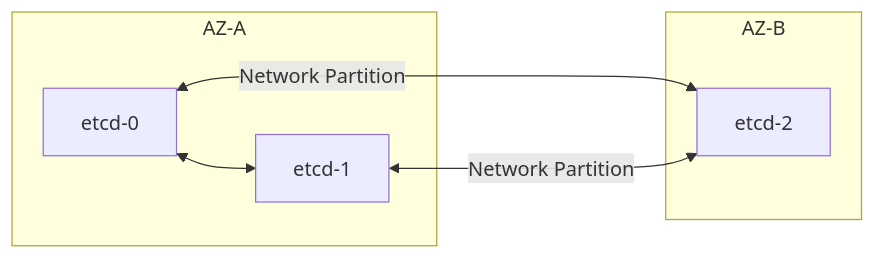
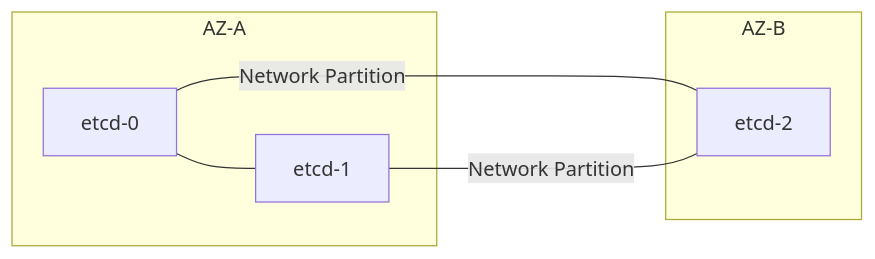
Before and after one commit to jithinpnjm/nvidia-devops: the fourth of 7 diagrams in docs/volume-03/01-k8s-control-plane-scheduling-masterclass.md, drawn with Mermaid. The commit also changed other lines of this file and 110 other files, not shown here.

Commit message:
docs(volume-1-10): complete second-pass refinement of formatting, visual diagrams, and code snippets

````diff
--- a/docs/volume-03/01-k8s-control-plane-scheduling-masterclass.md
+++ b/docs/volume-03/01-k8s-control-plane-scheduling-masterclass.md
@@ -133,15 +161,15 @@
 ```mermaid
 graph LR
     subgraph AZ-A
         E1[etcd-0]
         E2[etcd-1]
     end
     
     subgraph AZ-B
         E3[etcd-2]
     end
     
-    E1 <-->|Network Partition| E3
-    E2 <-->|Network Partition| E3
-    E1 <--> E2
+    E1 -- "Network Partition" --- E3
+    E2 -- "Network Partition" --- E3
+    E1 --- E2
 ```
````
